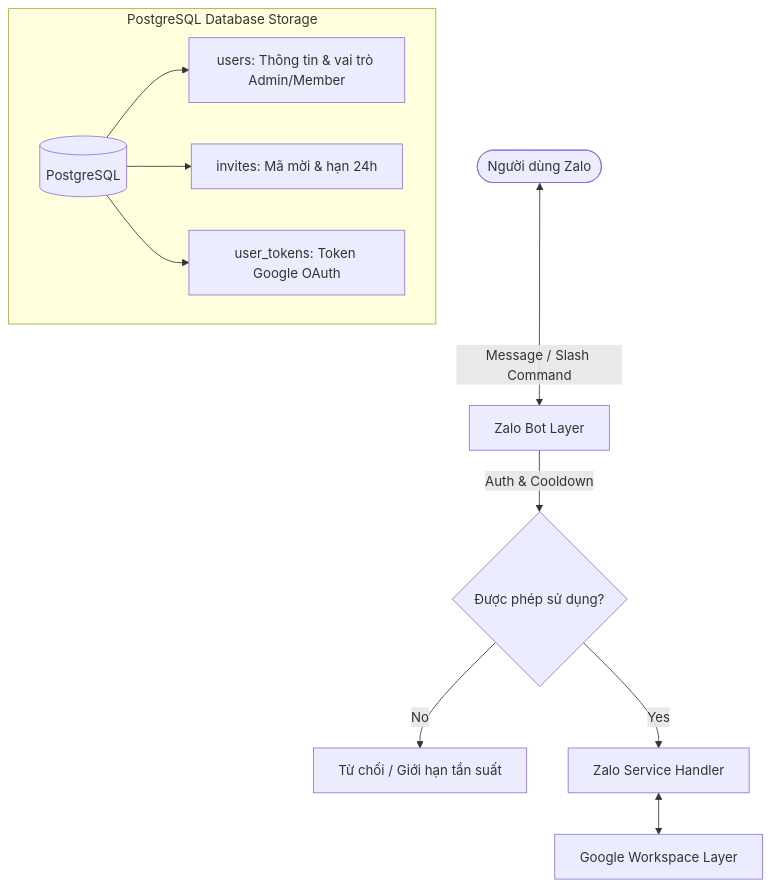
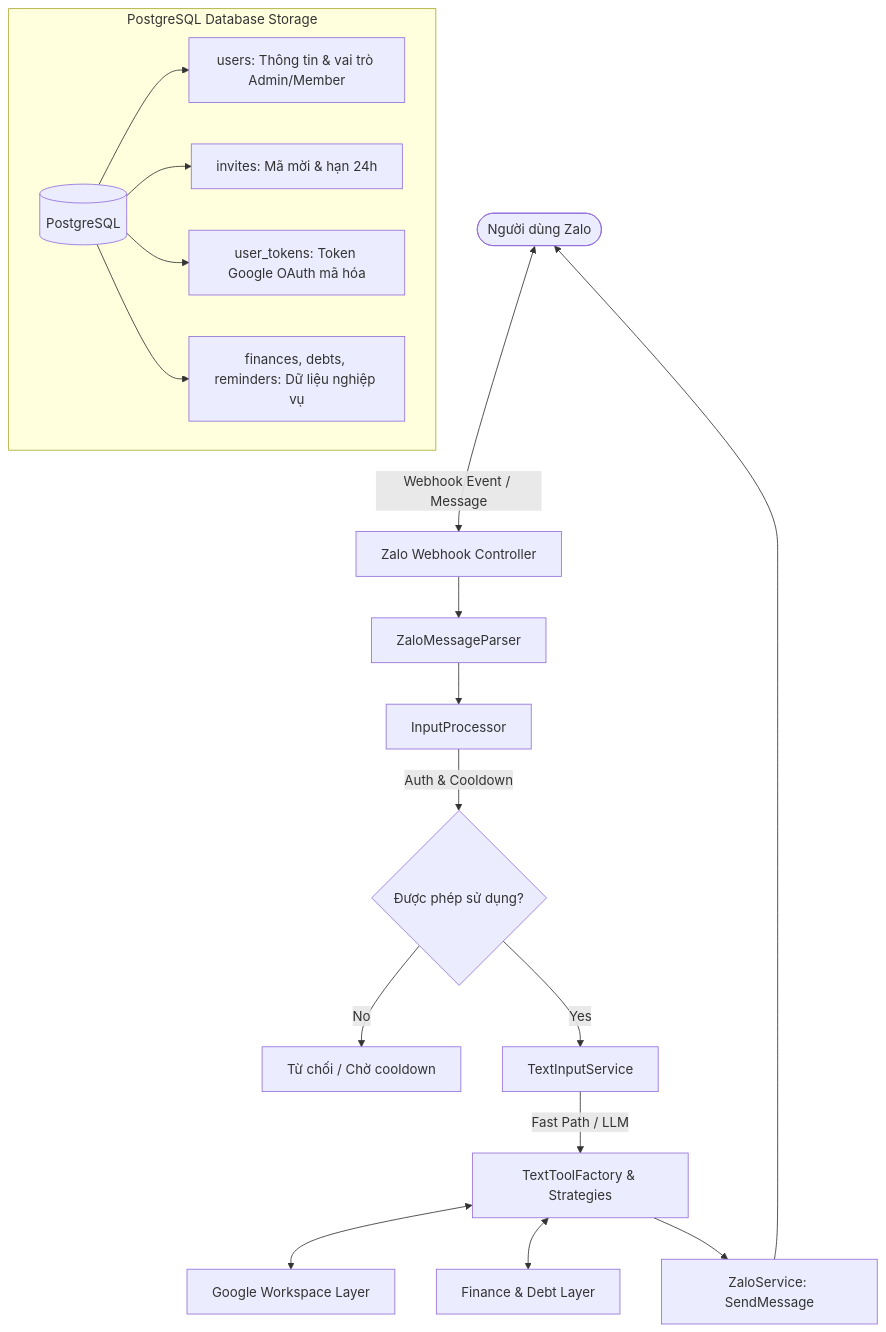
The diagram in docs/architecture.md (dat-dv/zalo-bot), drawn with Mermaid before and after one commit. The commit also changed other lines of this file and 14 other files, not shown here.

First line of the commit message:
feat: complete migration from Telegram to Zalo Bot platform

````diff
--- a/docs/architecture.md
+++ b/docs/architecture.md
@@ -15,16 +15,23 @@
 ```mermaid
 graph TD
-    User([Người dùng Zalo]) <-->|Message / Slash Command| ZL[Zalo Bot Layer]
-    ZL -->|Auth & Cooldown| Guard{Được phép sử dụng?}
-    Guard -- No --> Reject[Từ chối / Giới hạn tần suất]
-    Guard -- Yes --> Handler[Zalo Service Handler]
+    User([Người dùng Zalo]) <-->|Webhook Event / Message| ZL[Zalo Webhook Controller]
+    ZL --> Parser[ZaloMessageParser]
+    Parser --> Processor[InputProcessor]
+    Processor -->|Auth & Cooldown| Guard{Được phép sử dụng?}
+    Guard -- No --> Reject[Từ chối / Chờ cooldown]
+    Guard -- Yes --> TextService[TextInputService]
+    TextService -->|Fast Path / LLM| Factory[TextToolFactory & Strategies]
 
-    Handler <--> Google[Google Workspace Layer]
+    Factory <--> Google[Google Workspace Layer]
+    Factory <--> Finance[Finance & Debt Layer]
+    Factory --> Outbound[ZaloService: SendMessage]
+    Outbound --> User
 
     subgraph PostgreSQL Database Storage
         DB[(PostgreSQL)]
         DB --> UsersTable[users: Thông tin & vai trò Admin/Member]
         DB --> InvitesTable[invites: Mã mời & hạn 24h]
-        DB --> TokensTable[user_tokens: Token Google OAuth]
+        DB --> TokensTable[user_tokens: Token Google OAuth mã hóa]
+        DB --> FinTable[finances, debts, reminders: Dữ liệu nghiệp vụ]
     end
 ```
````
